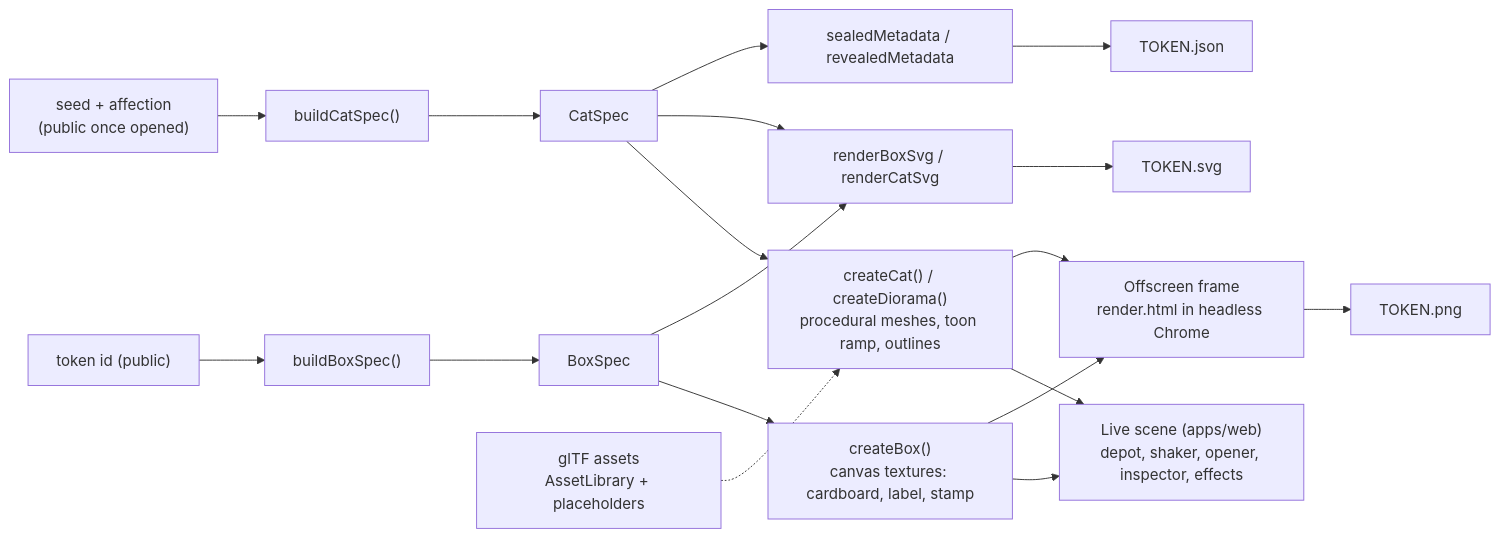
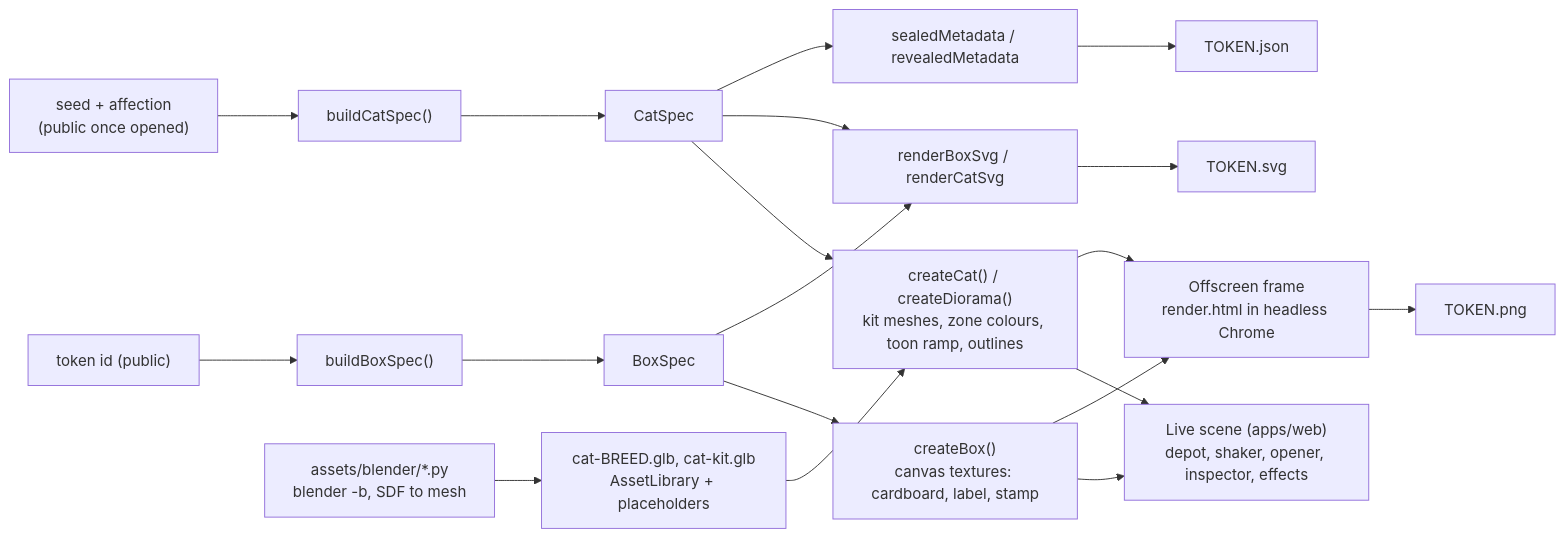
One commit to jecombe/do_not_open changed the fourth of 5 diagrams in docs/ARCHITECTURE.md. Above: the diagram before and after it, drawn with Mermaid. The commit also changed other lines of this file and 38 other files, not shown here.

First line of the commit message:
Cats as a Blender kit, with stoned and drunk vices

````diff
--- a/docs/ARCHITECTURE.md
+++ b/docs/ARCHITECTURE.md
@@ -85,18 +85,18 @@
 ```mermaid
 flowchart LR
   tid["token id (public)"] --> bs["buildBoxSpec()"] --> BoxSpec
   seed["seed + affection<br/>(public once opened)"] --> cs["buildCatSpec()"] --> CatSpec
 
   BoxSpec --> cb["createBox()<br/>canvas textures: cardboard, label, stamp"]
-  CatSpec --> cc["createCat() / createDiorama()<br/>procedural meshes, toon ramp, outlines"]
-  glb["glTF assets<br/>AssetLibrary + placeholders"] -.-> cc
+  CatSpec --> cc["createCat() / createDiorama()<br/>kit meshes, zone colours, toon ramp, outlines"]
+  py["assets/blender/*.py<br/>blender -b, SDF to mesh"] --> glb["cat-BREED.glb, cat-kit.glb<br/>AssetLibrary + placeholders"] --> cc
 
   cb --> live["Live scene (apps/web)<br/>depot, shaker, opener, inspector, effects"]
   cc --> live
   cb --> off["Offscreen frame<br/>render.html in headless Chrome"]
   cc --> off
   off --> png["TOKEN.png"]
   BoxSpec --> svg["renderBoxSvg / renderCatSvg"] --> svgf["TOKEN.svg"]
   CatSpec --> svg
   CatSpec --> meta["sealedMetadata / revealedMetadata"] --> json["TOKEN.json"]
 ```
````
